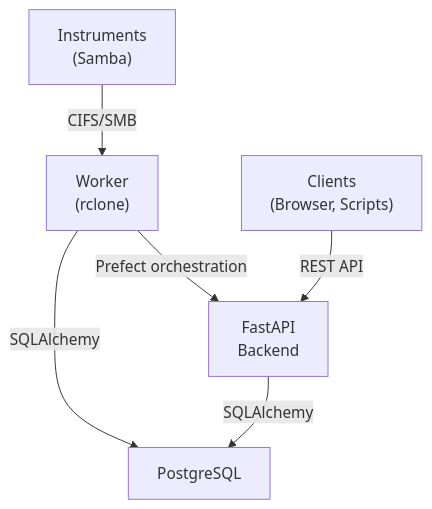
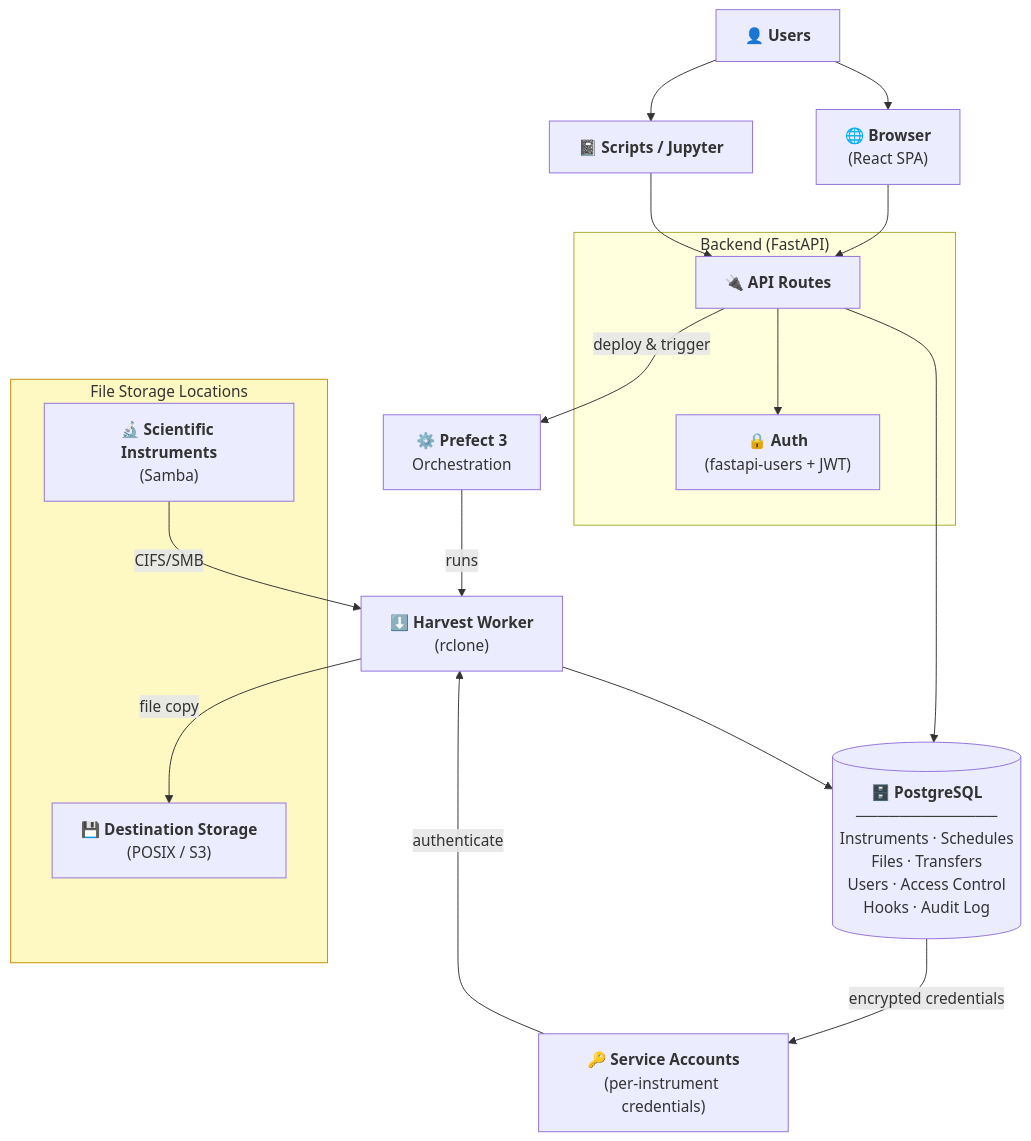
The diagram in docs/architecture.md (datasophos/streamweave), drawn with Mermaid before and after one commit. The commit also changed 4 other files, not shown here.

First line of the commit message:
Add architecture diagrams and panzoom plugin to docs

````diff
--- a/docs/architecture.md
+++ b/docs/architecture.md
@@ -7,8 +7,31 @@
 ```mermaid
 graph TD
-    Instruments["Instruments<br/>(Samba)"] -- "CIFS/SMB" --> Worker["Worker<br/>(rclone)"]
-    Worker -- "Prefect orchestration" --> API["FastAPI<br/>Backend"]
-    Clients["Clients<br/>(Browser, Scripts)"] -- "REST API" --> API
-    API -- "SQLAlchemy" --> DB["PostgreSQL"]
-    Worker -- "SQLAlchemy" --> DB
+    Users["<b>👤 Users</b>"] --> Browser["<b>🌐 Browser</b><br/>(React SPA)"]
+    Users --> Scripts["<b>📓 Scripts / Jupyter</b>"]
+    Browser --> API
+    Scripts --> API
+
+    subgraph Backend["Backend (FastAPI)"]
+        API["<b>🔌 API Routes</b>"]
+        Auth["<b>🔒 Auth</b><br/>(fastapi-users + JWT)"]
+        API --> Auth
+    end
+
+    API -- "deploy & trigger" --> Prefect["<b>⚙️ Prefect 3</b><br/>Orchestration"]
+    Prefect -- "runs" --> Worker["<b>⬇️ Harvest Worker</b><br/>(rclone)"]
+
+    API --> DB[("<b>🗄️ PostgreSQL</b><br/>─────────────<br/>Instruments · Schedules<br/>Files · Transfers<br/>Users · Access Control<br/>Hooks · Audit Log")]
+    Worker --> DB
+
+    subgraph FileStorage["File Storage Locations"]
+        Instruments["<b>🔬 Scientific Instruments</b><br/>(Samba)"]
+        DestStorage["<b>💾 Destination Storage</b><br/>(POSIX / S3)"]
+    end
+
+    DB -- "encrypted credentials" --> ServiceAccounts["<b>🔑 Service Accounts</b><br/>(per-instrument credentials)"]
+    ServiceAccounts -- "authenticate" --> Worker
+    Instruments -- "CIFS/SMB" --> Worker
+    Worker -- "file copy" --> DestStorage
+
+    style FileStorage fill:#fef9c3,stroke:#ca8a04
 ```
````
